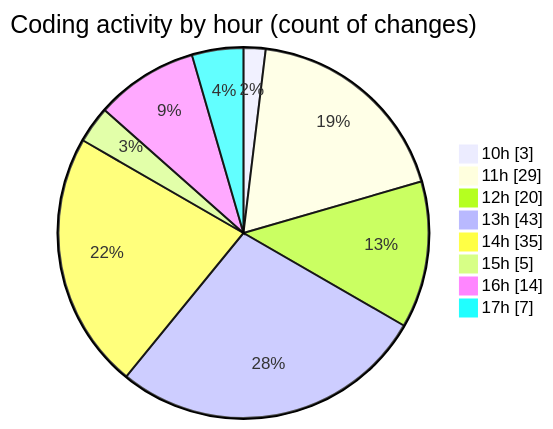
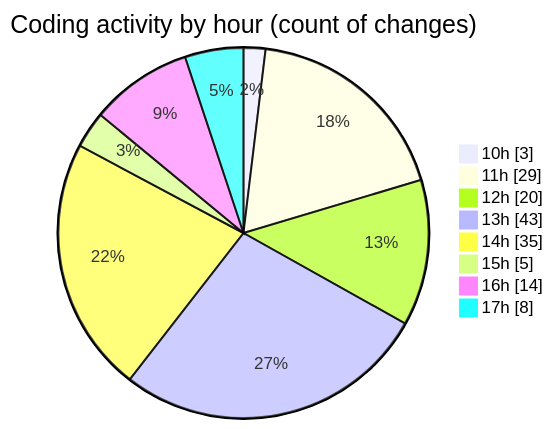
One commit to EIIisD/code-tracking changed the second of 2 diagrams in 2025-08-14/ribbon/README.md. Above: the diagram before and after it, drawn with Mermaid. The commit also changed other lines of this file and 1 other file, not shown here.

````diff
--- a/2025-08-14/ribbon/README.md
+++ b/2025-08-14/ribbon/README.md
@@ -40,12 +40,12 @@
 ```mermaid
 pie showData
 title Coding activity by hour (count of changes)
 "10h" : 3
 "11h" : 29
 "12h" : 20
 "13h" : 43
 "14h" : 35
 "15h" : 5
 "16h" : 14
-"17h" : 7
+"17h" : 8
 ```
````
